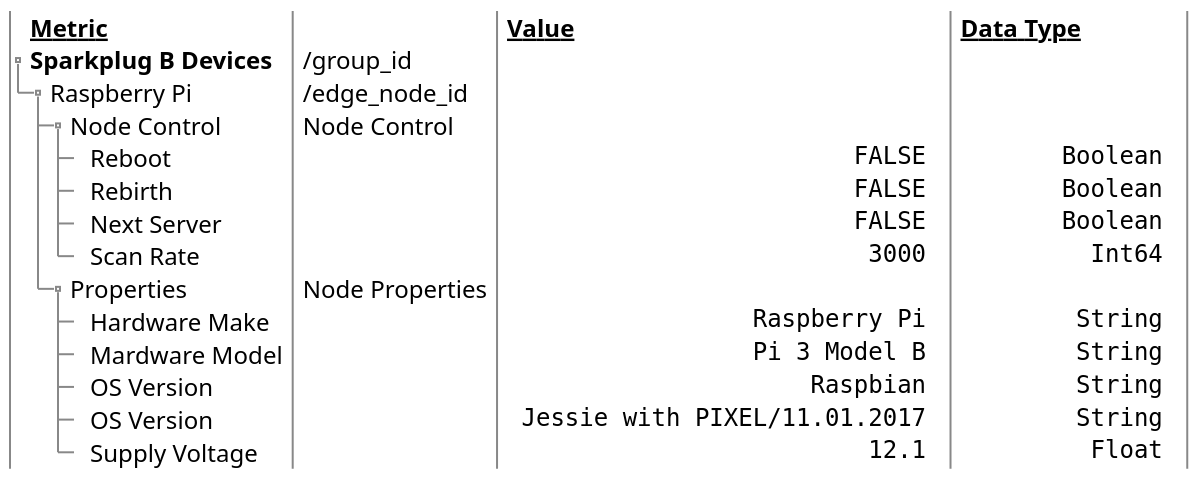
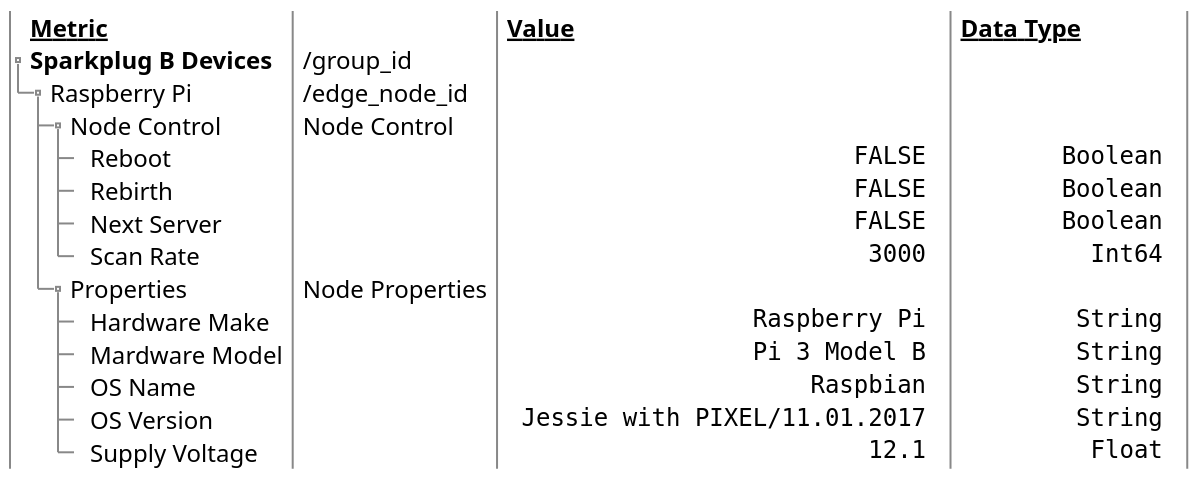
The diagram in specification/src/main/asciidoc/assets/plantuml/sparkplugb-metric-structure-1.puml (eclipse-sparkplug/sparkplug), drawn with PlantUML before and after one commit.

Commit message:
Adresses issue #179 (duplicate metric name).

```diff
--- a/specification/src/main/asciidoc/assets/plantuml/sparkplugb-metric-structure-1.puml
+++ b/specification/src/main/asciidoc/assets/plantuml/sparkplugb-metric-structure-1.puml
@@ -1,22 +1,22 @@
 @startsalt
 scale 2
 {
 {T!
 +**__Metric__**                 | ""           "" | **__Value__**                      | **__Data Type__**
 +**Sparkplug B Devices**        | /group_id       | ""                              "" | ""               "" 
 ++ Raspberry Pi                 | /edge_node_id   | ""                              "" | ""               ""
 +++ Node Control                | Node Control    | ""                              "" | ""               ""
 ++++ Reboot                     | ""           "" | ""                        FALSE "" | ""       Boolean ""
 ++++ Rebirth                    | ""           "" | ""                        FALSE "" | ""       Boolean ""
 ++++ Next Server                | ""           "" | ""                        FALSE "" | ""       Boolean ""
 ++++ Scan Rate                  | ""           "" | ""                         3000 "" | ""         Int64 ""
 +++ Properties                  | Node Properties | ""                              "" | ""               ""
 ++++ Hardware Make              | ""          ""  | ""                 Raspberry Pi "" | ""        String ""
 ++++ Mardware Model             | ""          ""  | ""                 Pi 3 Model B "" | ""        String ""
-++++ OS Version                 | ""          ""  | ""                     Raspbian "" | ""        String ""
+++++ OS Name                    | ""          ""  | ""                     Raspbian "" | ""        String ""
 ++++ OS Version                 | ""          ""  | "" Jessie with PIXEL/11.01.2017 "" | ""        String ""
 ++++ Supply Voltage             | ""          ""  | ""                         12.1 "" | ""         Float ""
 
 }
 }
 @endsalt
```
